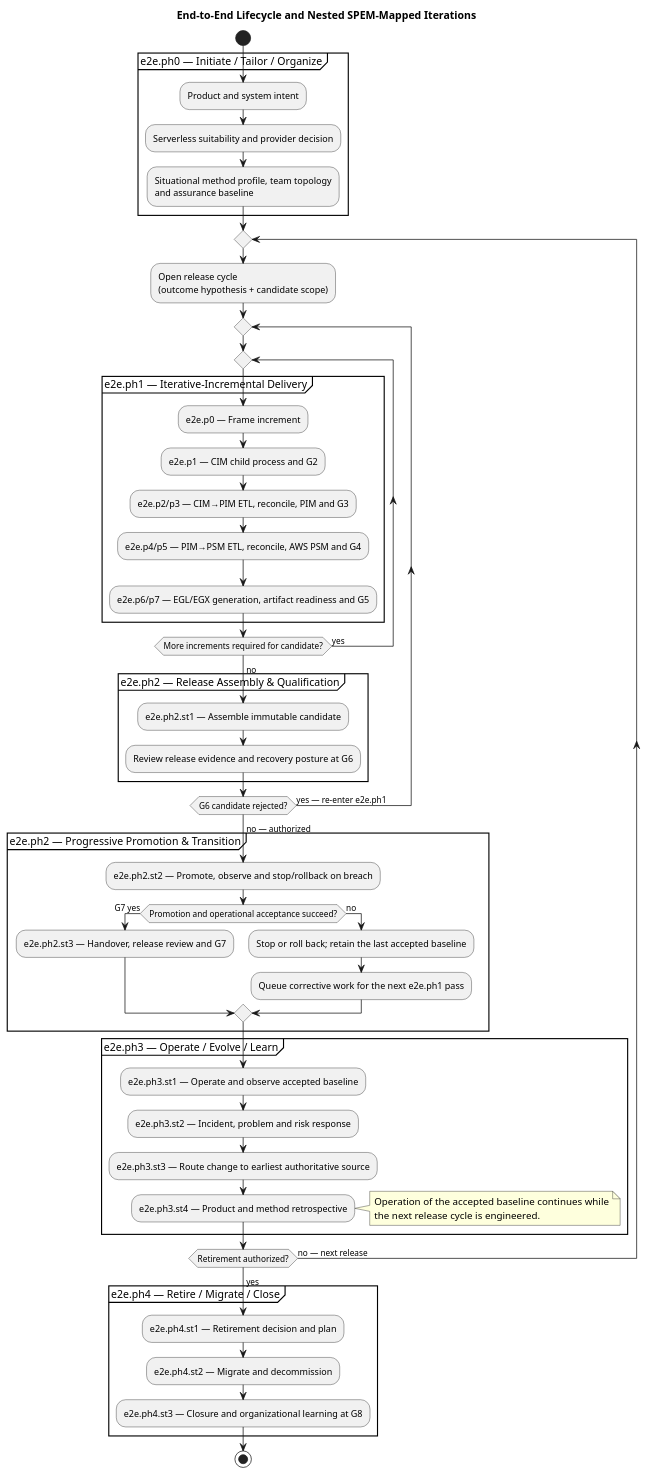
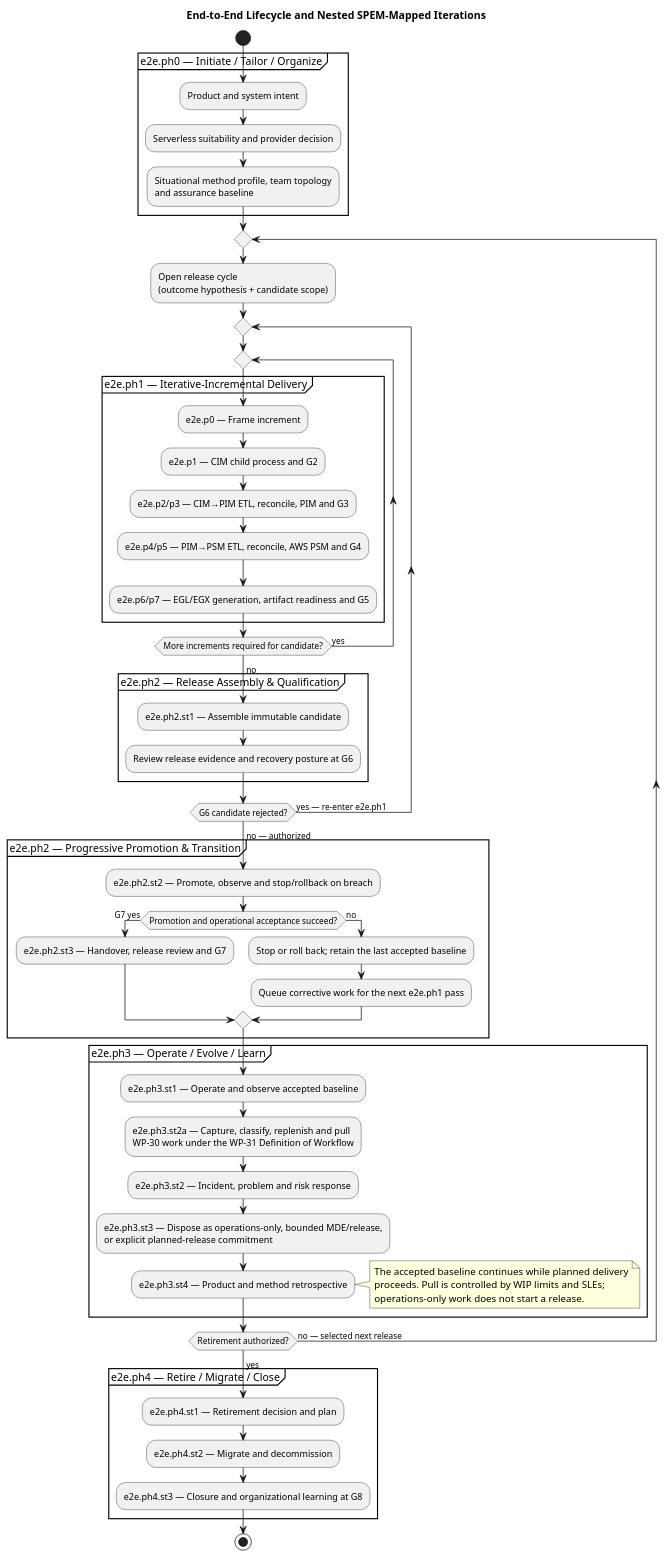
One commit to mehdieidi/modriss changed the diagram in mde/process/spem/end-to-end-process.activity.puml. Above: the diagram before and after it, drawn with PlantUML. The commit also changed 54 other files, not shown here.

```diff
--- a/mde/process/spem/end-to-end-process.activity.puml
+++ b/mde/process/spem/end-to-end-process.activity.puml
@@ -1,64 +1,66 @@
 @startuml end-to-end-process
 title End-to-End Lifecycle and Nested SPEM-Mapped Iterations
 start
 
 partition "e2e.ph0 — Initiate / Tailor / Organize" {
   :Product and system intent;
   :Serverless suitability and provider decision;
   :Situational method profile, team topology\nand assurance baseline;
 }
 
 repeat
   :Open release cycle\n(outcome hypothesis + candidate scope);
 
   repeat
     repeat
       partition "e2e.ph1 — Iterative-Incremental Delivery" {
         :e2e.p0 — Frame increment;
         :e2e.p1 — CIM child process and G2;
         :e2e.p2/p3 — CIM→PIM ETL, reconcile, PIM and G3;
         :e2e.p4/p5 — PIM→PSM ETL, reconcile, AWS PSM and G4;
         :e2e.p6/p7 — EGL/EGX generation, artifact readiness and G5;
       }
     repeat while (More increments required for candidate?) is (yes)
     -> no;
 
     partition "e2e.ph2 — Release Assembly & Qualification" {
       :e2e.ph2.st1 — Assemble immutable candidate;
       :Review release evidence and recovery posture at G6;
     }
   repeat while (G6 candidate rejected?) is (yes — re-enter e2e.ph1)
   -> no — authorized;
 
   partition "e2e.ph2 — Progressive Promotion & Transition" {
     :e2e.ph2.st2 — Promote, observe and stop/rollback on breach;
     if (Promotion and operational acceptance succeed?) then (G7 yes)
       :e2e.ph2.st3 — Handover, release review and G7;
     else (no)
       :Stop or roll back; retain the last accepted baseline;
       :Queue corrective work for the next e2e.ph1 pass;
     endif
   }
 
   partition "e2e.ph3 — Operate / Evolve / Learn" {
     :e2e.ph3.st1 — Operate and observe accepted baseline;
+    :e2e.ph3.st2a — Capture, classify, replenish and pull\nWP-30 work under the WP-31 Definition of Workflow;
     :e2e.ph3.st2 — Incident, problem and risk response;
-    :e2e.ph3.st3 — Route change to earliest authoritative source;
+    :e2e.ph3.st3 — Dispose as operations-only, bounded MDE/release,\nor explicit planned-release commitment;
     :e2e.ph3.st4 — Product and method retrospective;
     note right
-      Operation of the accepted baseline continues while
-      the next release cycle is engineered.
+      The accepted baseline continues while planned delivery
+      proceeds. Pull is controlled by WIP limits and SLEs;
+      operations-only work does not start a release.
     end note
   }
 
-repeat while (Retirement authorized?) is (no — next release)
+repeat while (Retirement authorized?) is (no — selected next release)
 -> yes;
 
 partition "e2e.ph4 — Retire / Migrate / Close" {
   :e2e.ph4.st1 — Retirement decision and plan;
   :e2e.ph4.st2 — Migrate and decommission;
   :e2e.ph4.st3 — Closure and organizational learning at G8;
 }
 
 stop
 @enduml
```
